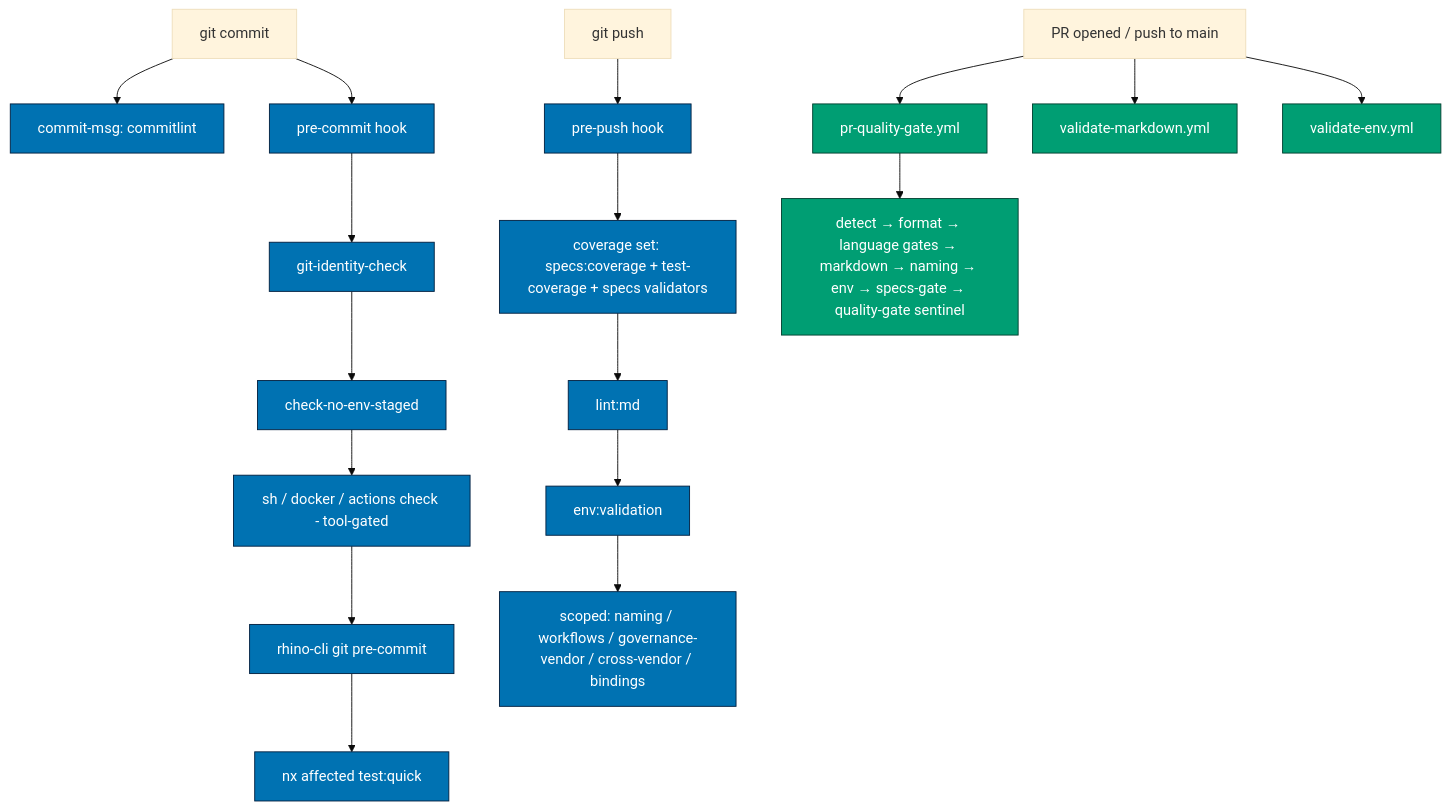
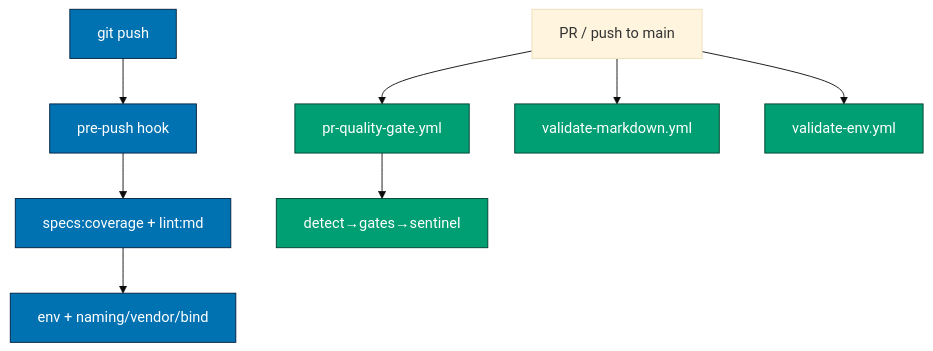
Before and after one commit to wahidyankf/baseerah: the fourth of 6 diagrams in plans/in-progress/standardize-rhino-cli-sdlc-parity/tech-docs.md, drawn with Mermaid (base theme). The commit also changed other lines of this file and 1 other file, not shown here.

First line of the commit message:
docs(plan): update standardize-rhino-cli-sdlc-parity to reflect latest state

````diff
--- a/plans/in-progress/standardize-rhino-cli-sdlc-parity/tech-docs.md
+++ b/plans/in-progress/standardize-rhino-cli-sdlc-parity/tech-docs.md
@@ -443,24 +450,15 @@
 ```mermaid
 flowchart TD
-    A[git commit] --> B[commit-msg: commitlint]
-    A --> C[pre-commit hook]
-    C --> C1[git-identity-check]
-    C1 --> C2[check-no-env-staged]
-    C2 --> C3[sh / docker / actions check - tool-gated]
-    C3 --> C4[rhino-cli git pre-commit]
-    C4 --> C5[nx affected test:quick]
     D[git push] --> E[pre-push hook]
-    E --> E1[coverage set: specs:coverage + test-coverage + specs validators]
-    E1 --> E2[lint:md]
-    E2 --> E3[env:validation]
-    E3 --> E4[scoped: naming / workflows / governance-vendor / cross-vendor / bindings]
-    F[PR opened / push to main] --> G[pr-quality-gate.yml]
+    E --> E1["specs:coverage + lint:md"]
+    E1 --> E2["env + naming/vendor/bind"]
+    F[PR / push to main] --> G[pr-quality-gate.yml]
     F --> H[validate-markdown.yml]
     F --> I[validate-env.yml]
-    G --> G1[detect → format → language gates → markdown → naming → env → specs-gate → quality-gate sentinel]
+    G --> G1["detect→gates→sentinel"]
 
     classDef hook fill:#0072B2,color:#ffffff,stroke:#001f3f
     classDef ci fill:#009E73,color:#ffffff,stroke:#003f2f
-    class B,C,C1,C2,C3,C4,C5,E,E1,E2,E3,E4 hook
+    class D,E,E1,E2 hook
     class G,H,I,G1 ci
 ```
````
